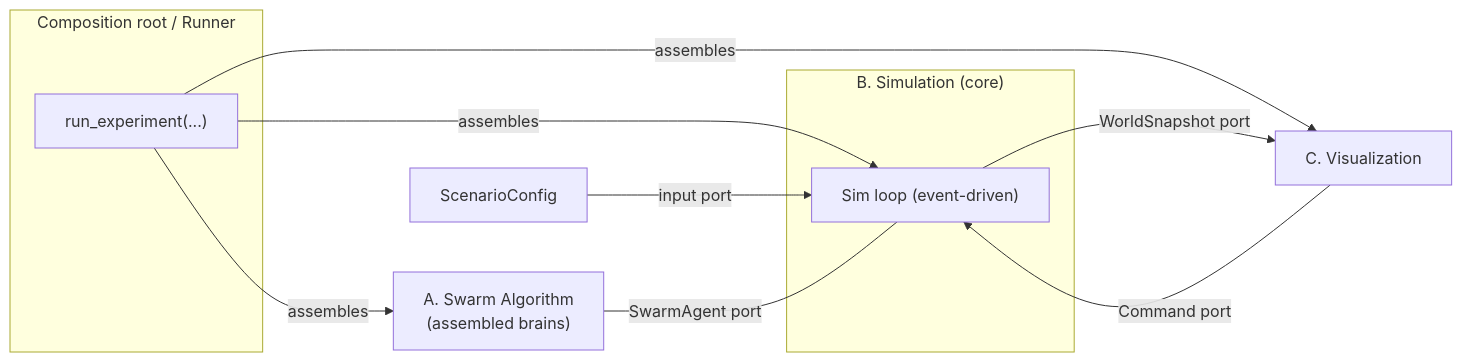
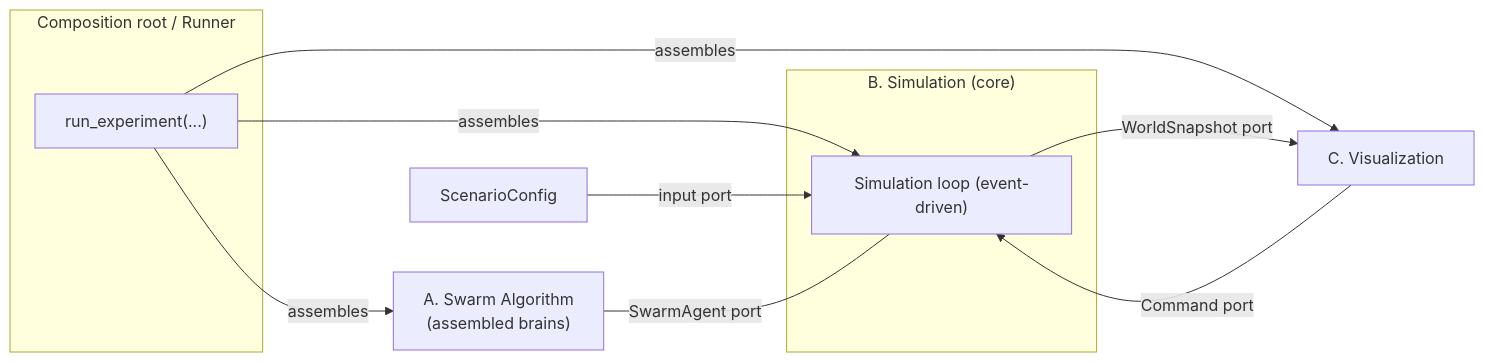
One commit to TychoGrapendaal/JIP_Swarm_Field changed the first of 4 diagrams in docs/architecture.md. Above: the diagram before and after it, drawn with Mermaid. The commit also changed other lines of this file and 13 other files, not shown here.

````diff
--- a/docs/architecture.md
+++ b/docs/architecture.md
@@ -32,22 +32,22 @@
 ```mermaid
 flowchart LR
     subgraph CR["Composition root / Runner"]
         RUN["run_experiment(...)"]
     end
 
     subgraph B["B. Simulation (core)"]
-        LOOP["Sim loop (event-driven)"]
+        LOOP["Simulation loop (event-driven)"]
     end
 
     A["A. Swarm Algorithm<br/>(assembled brains)"]
     C["C. Visualization"]
     SC["ScenarioConfig"]
 
     RUN -->|assembles| A
     RUN -->|assembles| LOOP
     RUN -->|assembles| C
     SC -->|input port| LOOP
     A ---|SwarmAgent port| LOOP
     LOOP -->|WorldSnapshot port| C
     C -->|Command port| LOOP
 ```
````
